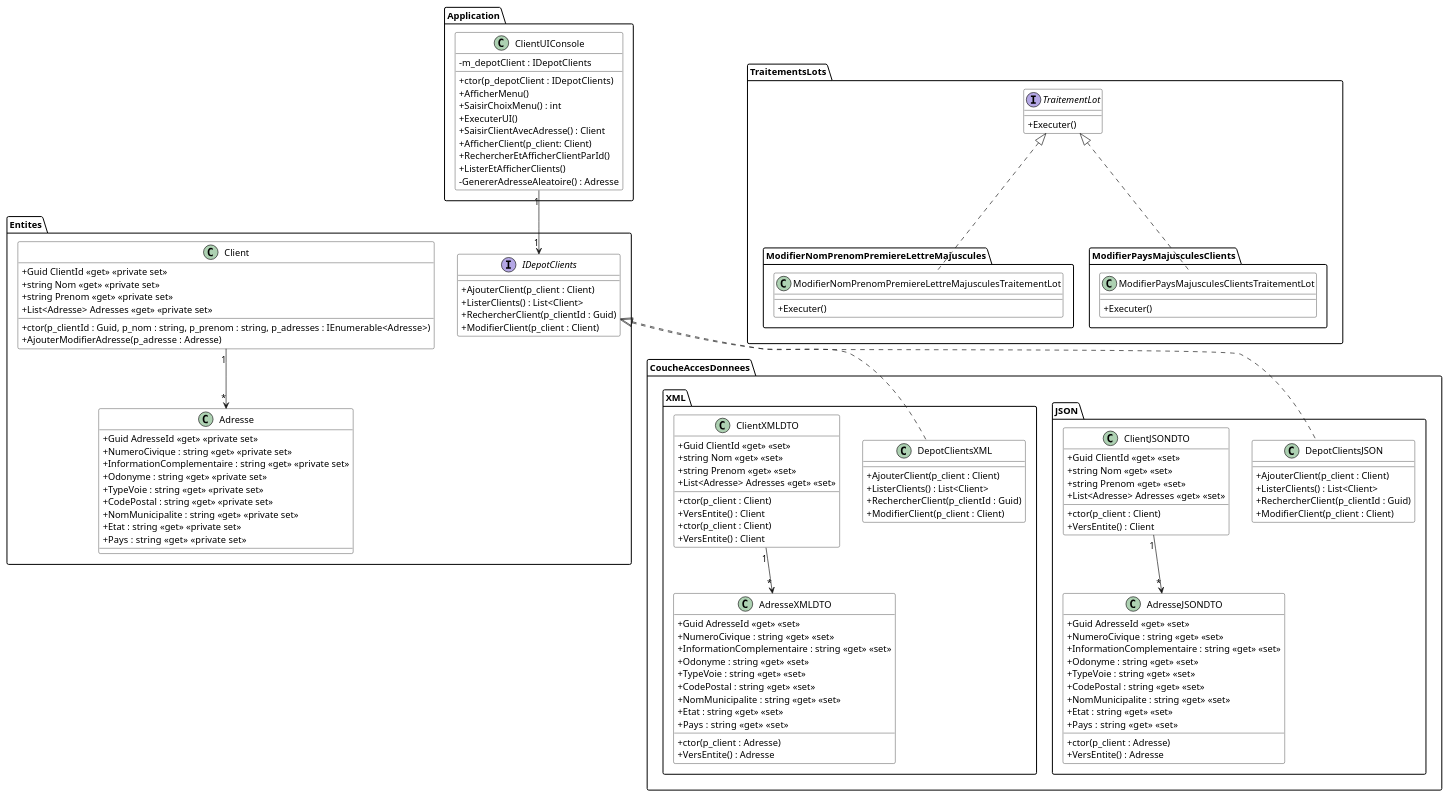
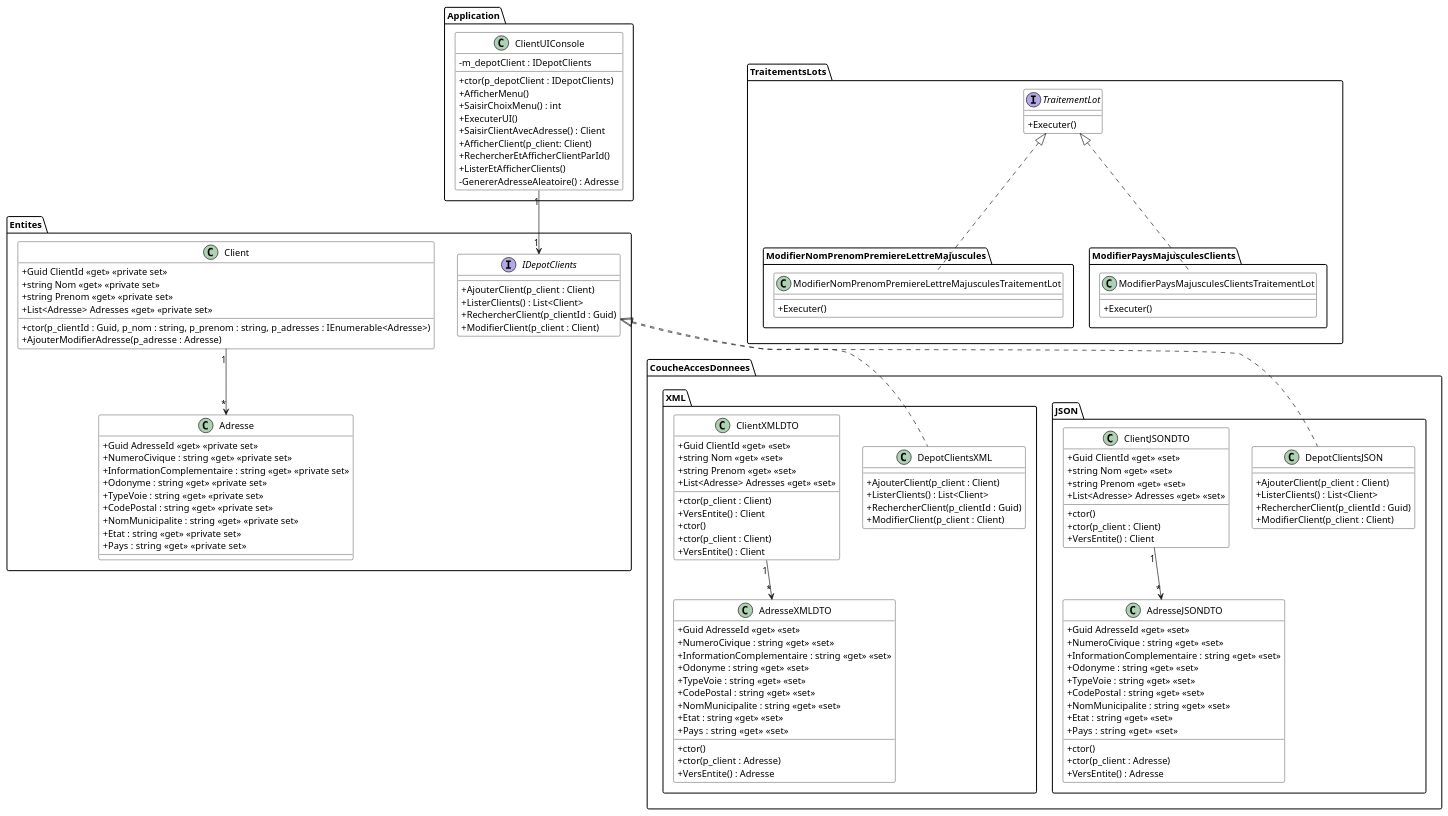
Before and after one commit to PiFou86/420-W30-SF: the diagram in Module06_Formats_Echanges/diag/src/DiagExerciceClients.wsd, drawn with PlantUML. The commit also changed 1 other file, not shown here.

```diff
--- a/Module06_Formats_Echanges/diag/src/DiagExerciceClients.wsd
+++ b/Module06_Formats_Echanges/diag/src/DiagExerciceClients.wsd
@@ -1,161 +1,165 @@
 @startuml DiagClassesClients
 
 skinparam classAttributeIconSize 0
 skinparam class {
     BackgroundColor White
     BorderColor #000
 }
 
 
 package Entites {
     Client "1" --> "*" Adresse
 
     class Client {
         + ctor(p_clientId : Guid, p_nom : string, p_prenom : string, p_adresses : IEnumerable<Adresse>)
         + Guid ClientId <<get>> <<private set>>
         + string Nom <<get>> <<private set>>
         + string Prenom <<get>> <<private set>>
         + List<Adresse> Adresses <<get>> <<private set>>
         + AjouterModifierAdresse(p_adresse : Adresse)
     }
 
     class Adresse {
         + Guid AdresseId <<get>> <<private set>>
         + NumeroCivique : string <<get>> <<private set>>
         + InformationComplementaire : string <<get>> <<private set>>
         + Odonyme : string <<get>> <<private set>>
         + TypeVoie : string <<get>> <<private set>>
         + CodePostal : string <<get>> <<private set>>
         + NomMunicipalite : string <<get>> <<private set>>
         + Etat : string <<get>> <<private set>>
         + Pays : string  <<get>> <<private set>>
     }
 
     interface IDepotClients {
         + AjouterClient(p_client : Client)
         + ListerClients() : List<Client>
         + RechercherClient(p_clientId : Guid)
         + ModifierClient(p_client : Client)
     }
 }
 
 package CoucheAccesDonnees.JSON {
     IDepotClients <|.. DepotClientsJSON
     ClientJSONDTO "1" --> "*" AdresseJSONDTO
 
     class ClientJSONDTO {
         + Guid ClientId <<get>> <<set>>
         + string Nom <<get>> <<set>>
         + string Prenom <<get>> <<set>>
         + List<Adresse> Adresses <<get>> <<set>>
+        + ctor()
         + ctor(p_client : Client)
         + VersEntite() : Client
     }
 
     class AdresseJSONDTO {
         + Guid AdresseId <<get>> <<set>>
         + NumeroCivique : string <<get>> <<set>>
         + InformationComplementaire : string <<get>> <<set>>
         + Odonyme : string <<get>> <<set>>
         + TypeVoie : string <<get>> <<set>>
         + CodePostal : string <<get>> <<set>>
         + NomMunicipalite : string <<get>> <<set>>
         + Etat : string <<get>> <<set>>
         + Pays : string  <<get>> <<set>>
+        + ctor()
         + ctor(p_client : Adresse)
         + VersEntite() : Adresse
     }
 
     class DepotClientsJSON {
         + AjouterClient(p_client : Client)
         + ListerClients() : List<Client>
         + RechercherClient(p_clientId : Guid)
         + ModifierClient(p_client : Client)
     }
 }
 
 package CoucheAccesDonnees.XML {
     IDepotClients <|.. DepotClientsXML
     ClientXMLDTO "1" --> "*" AdresseXMLDTO
 
     class ClientXMLDTO {
         + Guid ClientId <<get>> <<set>>
         + string Nom <<get>> <<set>>
         + string Prenom <<get>> <<set>>
         + List<Adresse> Adresses <<get>> <<set>>
         + ctor(p_client : Client)
         + VersEntite() : Client
+        + ctor()
         + ctor(p_client : Client)
         + VersEntite() : Client
     }
 
     class DepotClientsXML {
         + AjouterClient(p_client : Client)
         + ListerClients() : List<Client>
         + RechercherClient(p_clientId : Guid)
         + ModifierClient(p_client : Client)
     }
 
     class AdresseXMLDTO {
         + Guid AdresseId <<get>> <<set>>
         + NumeroCivique : string <<get>> <<set>>
         + InformationComplementaire : string <<get>> <<set>>
         + Odonyme : string <<get>> <<set>>
         + TypeVoie : string <<get>> <<set>>
         + CodePostal : string <<get>> <<set>>
         + NomMunicipalite : string <<get>> <<set>>
         + Etat : string <<get>> <<set>>
         + Pays : string  <<get>> <<set>>
+        + ctor()
         + ctor(p_client : Adresse)
         + VersEntite() : Adresse
     }
 }
 
 package Application {
     ClientUIConsole "1" --> "1" IDepotClients
 
     class ClientUIConsole {
         - m_depotClient : IDepotClients
         + ctor(p_depotClient : IDepotClients)
         + AfficherMenu()
         + SaisirChoixMenu() : int
         + ExecuterUI()
         + SaisirClientAvecAdresse() : Client
         + AfficherClient(p_client: Client)
         + RechercherEtAfficherClientParId()
         + ListerEtAfficherClients()
         - GenererAdresseAleatoire() : Adresse
     }
 }
 
 package TraitementsLots {
     interface TraitementLot {
         + Executer()
     }
 }
 
 package TraitementsLots.ModifierNomPrenomPremiereLettreMajuscules {
     TraitementLot <|.. ModifierNomPrenomPremiereLettreMajusculesTraitementLot
 
     class ModifierNomPrenomPremiereLettreMajusculesTraitementLot {
         + Executer()
     }
 }
 
 package TraitementsLots.ModifierPaysMajusculesClients {
     TraitementLot <|.. ModifierPaysMajusculesClientsTraitementLot
 
     class ModifierPaysMajusculesClientsTraitementLot {
         + Executer()
     }
 }
 
 ' TraitementsLots <.. TraitementsLots.ModifierNomPrenomPremiereLettreMajuscules
 ' TraitementsLots <.. TraitementsLots.ModifierPaysMajusculesClients
 
 ' Entites <.. CoucheAccesDonnees.JSON
 ' Entites <.. CoucheAccesDonnees.XML
 ' Entites <.. Application
 ' Entites <.. TraitementsLots
 
 @enduml
```
